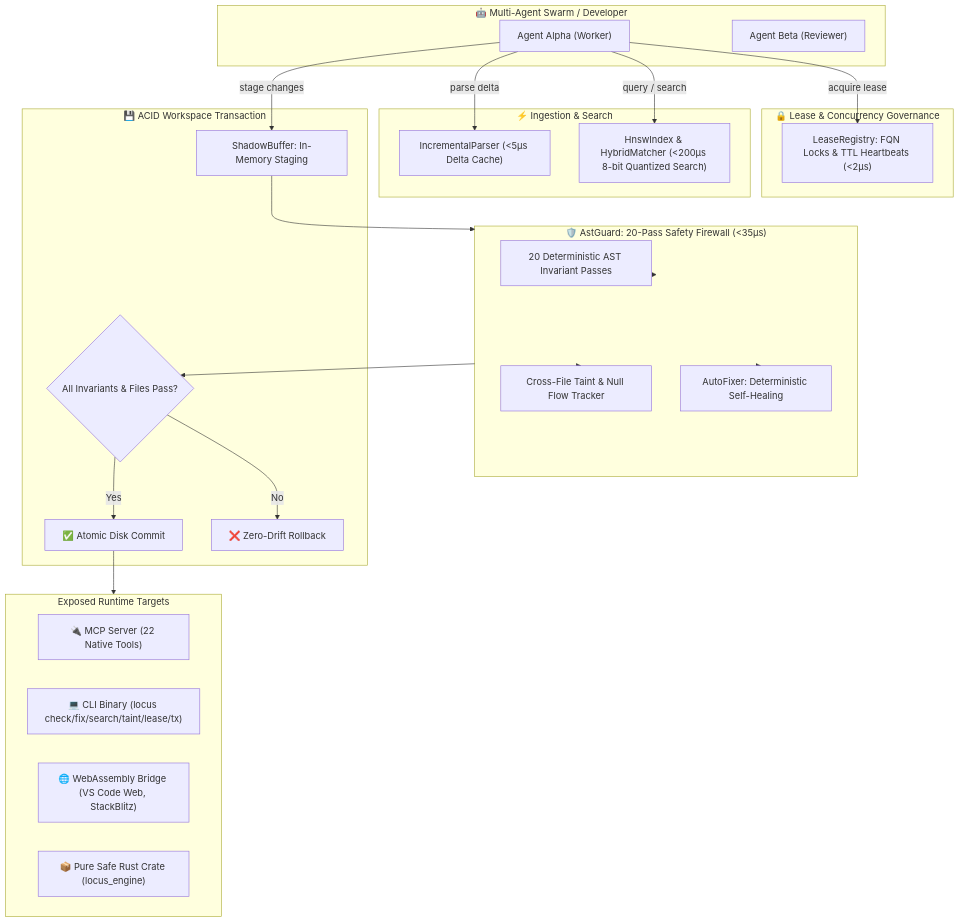
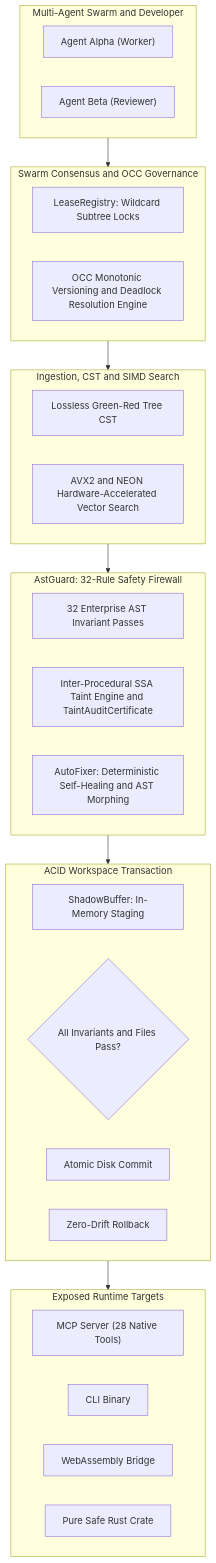
The diagram in README.md (ahmadshady747-create/LOCUS), drawn with Mermaid before and after one commit. The commit also changed other lines of this file and 71 other files, not shown here.

Commit message:
feat(core): release v1.6.0 Sovereign Synthesis & Distributed Swarms (28 Native MCP Tools, Lossless CST, 32-Pass Invariants, SIMD, OCC Leases)

````diff
--- a/README.md
+++ b/README.md
@@ -66,49 +80,43 @@
 ```mermaid
 flowchart TD
-    subgraph MultiAgentSwarm ["🤖 Multi-Agent Swarm / Developer"]
+    subgraph MultiAgentSwarm ["Multi-Agent Swarm and Developer"]
         AgentA["Agent Alpha (Worker)"]
         AgentB["Agent Beta (Reviewer)"]
     end
 
-    subgraph Governance ["🔒 Lease & Concurrency Governance"]
-        LeaseReg["LeaseRegistry: FQN Locks & TTL Heartbeats (<2µs)"]
+    subgraph Governance ["Swarm Consensus and OCC Governance"]
+        LeaseReg["LeaseRegistry: Wildcard Subtree Locks"]
+        OCC["OCC Monotonic Versioning and Deadlock Resolution Engine"]
     end
 
-    subgraph Ingestion ["⚡ Ingestion & Search"]
-        IncrParser["IncrementalParser (<5µs Delta Cache)"]
-        HNSW["HnswIndex & HybridMatcher (<200µs 8-bit Quantized Search)"]
+    subgraph Ingestion ["Ingestion, CST and SIMD Search"]
+        CST["Lossless Green-Red Tree CST"]
+        SIMD["AVX2 and NEON Hardware-Accelerated Vector Search"]
     end
 
-    subgraph SafetyPipeline ["🛡️ AstGuard: 20-Pass Safety Firewall (<35µs)"]
-        Invariants["20 Deterministic AST Invariant Passes"]
-        Taint["Cross-File Taint & Null Flow Tracker"]
-        AutoFix["AutoFixer: Deterministic Self-Healing"]
+    subgraph SafetyPipeline ["AstGuard: 32-Rule Safety Firewall"]
+        Invariants["32 Enterprise AST Invariant Passes"]
+        Taint["Inter-Procedural SSA Taint Engine and TaintAuditCertificate"]
+        AutoFix["AutoFixer: Deterministic Self-Healing and AST Morphing"]
     end
 
-    subgraph TransactionCoordinator ["💾 ACID Workspace Transaction"]
+    subgraph TransactionCoordinator ["ACID Workspace Transaction"]
         ShadowBuf["ShadowBuffer: In-Memory Staging"]
-        DiskCommit{"All Invariants & Files Pass?"}
-        CommitOk["✅ Atomic Disk Commit"]
-        Rollback["❌ Zero-Drift Rollback"]
+        DiskCommit{"All Invariants and Files Pass?"}
+        CommitOk["Atomic Disk Commit"]
+        Rollback["Zero-Drift Rollback"]
     end
 
     subgraph RuntimeInterfaces ["Exposed Runtime Targets"]
-        MCP["🔌 MCP Server (22 Native Tools)"]
-        CLI["💻 CLI Binary (locus check/fix/search/taint/lease/tx)"]
-        WASM["🌐 WebAssembly Bridge (VS Code Web, StackBlitz)"]
-        LIB["📦 Pure Safe Rust Crate (locus_engine)"]
+        MCP["MCP Server (28 Native Tools)"]
+        CLI["CLI Binary"]
+        WASM["WebAssembly Bridge"]
+        LIB["Pure Safe Rust Crate"]
     end
 
-    AgentA -->|acquire lease| LeaseReg
-    AgentA -->|query / search| HNSW
-    AgentA -->|parse delta| IncrParser
-    AgentA -->|stage changes| ShadowBuf
-    ShadowBuf --> SafetyPipeline
-    SafetyPipeline --> Invariants
-    SafetyPipeline --> Taint
-    SafetyPipeline --> AutoFix
-    SafetyPipeline --> DiskCommit
-    DiskCommit -->|Yes| CommitOk
-    DiskCommit -->|No| Rollback
-    CommitOk --> RuntimeInterfaces
+    MultiAgentSwarm --> Governance
+    Governance --> Ingestion
+    Ingestion --> SafetyPipeline
+    SafetyPipeline --> TransactionCoordinator
+    TransactionCoordinator --> RuntimeInterfaces
 ```
````
